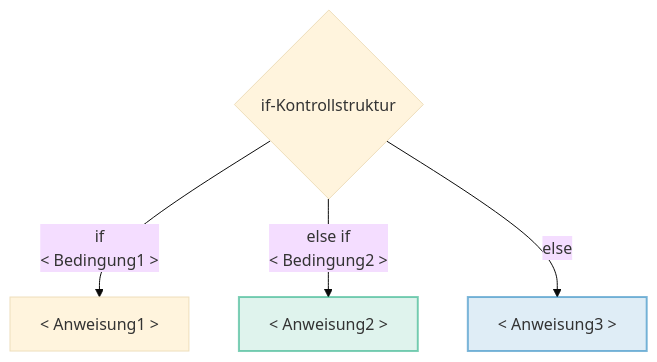
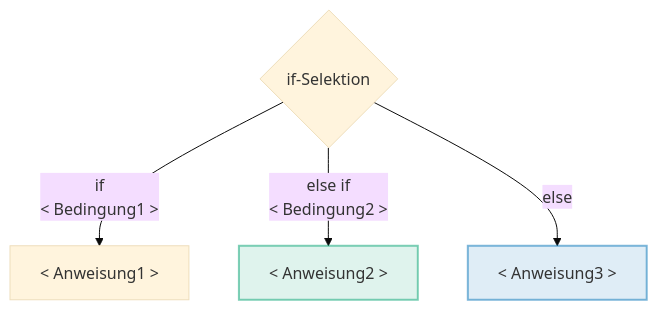
The second of 3 diagrams in slides/selektion.md (codingluke/bbzbl-modul-319), drawn with Mermaid (base theme) before and after one commit. The commit also changed other lines of this file and 5 other files, not shown here.

````diff
--- a/slides/selektion.md
+++ b/slides/selektion.md
@@ -89,10 +92,10 @@
 ```mermaid
 flowchart TD
-    C{if-Kontrollstruktur}
+    C{if-Selektion}
     C -->|"if\n< Bedingung1 >"| D["< Anweisung1 >"]
     C -->|"else if\n< Bedingung2 >"| E["< Anweisung2 >"]
     C -->|else| F["< Anweisung3 >"]
 
     style E fill:#00A17020,stroke:#00A17080,stroke-width:2px
     style F fill:#0072B520,stroke:#0072B580,stroke-width:2px
 ```
````
